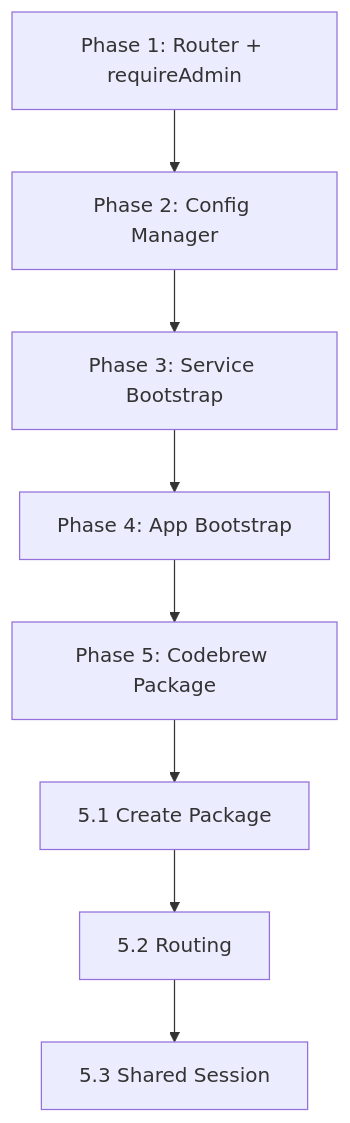
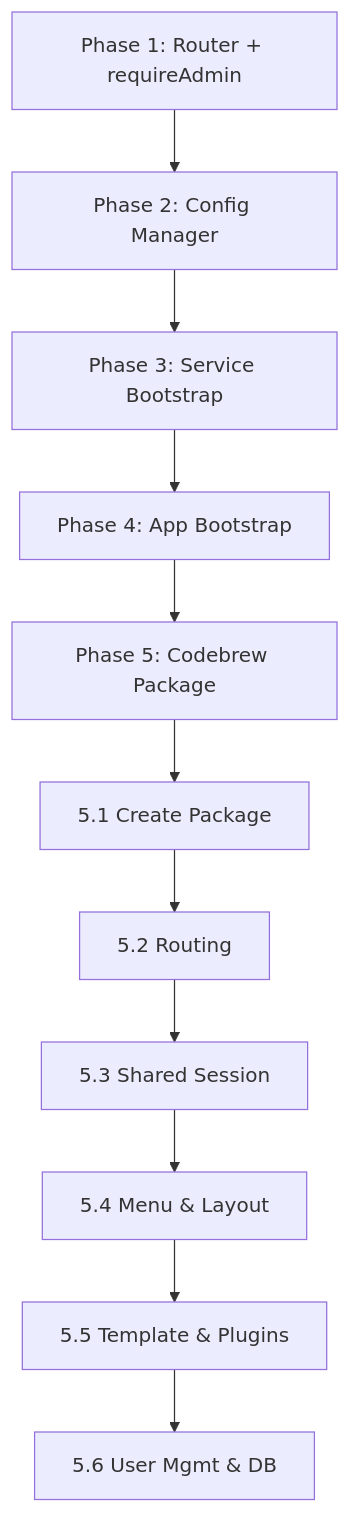
Before and after one commit to garage44/codebrew: the first of 2 diagrams in packages/nonlinear/lib/fixtures/architecture/adr/034-codebrew-package-reuse-optimization.md, drawn with Mermaid. The commit also changed other lines of this file, not shown here.

First line of the commit message:
docs(adr): add Codebrew template, user management, and table alignment to ADR-034

````diff
--- a/packages/nonlinear/lib/fixtures/architecture/adr/034-codebrew-package-reuse-optimization.md
+++ b/packages/nonlinear/lib/fixtures/architecture/adr/034-codebrew-package-reuse-optimization.md
@@ -368,10 +502,13 @@
 ```mermaid
 graph TD
     P1[Phase 1: Router + requireAdmin] --> P2[Phase 2: Config Manager]
     P2 --> P3[Phase 3: Service Bootstrap]
     P3 --> P4[Phase 4: App Bootstrap]
     P4 --> P5[Phase 5: Codebrew Package]
     P5 --> P5a[5.1 Create Package]
     P5a --> P5b[5.2 Routing]
     P5b --> P5c[5.3 Shared Session]
+    P5c --> P5d[5.4 Menu & Layout]
+    P5d --> P5e[5.5 Template & Plugins]
+    P5e --> P5f[5.6 User Mgmt & DB]
 ```
````
